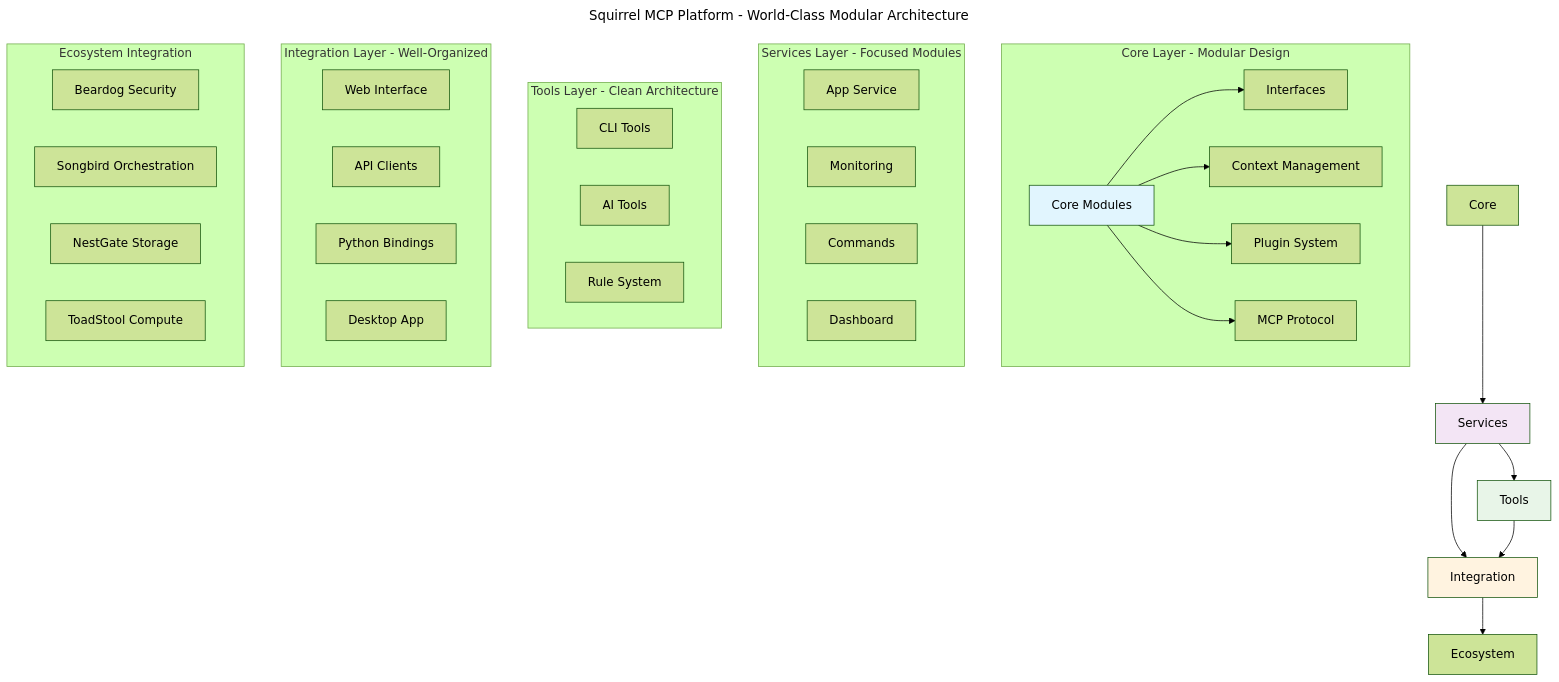
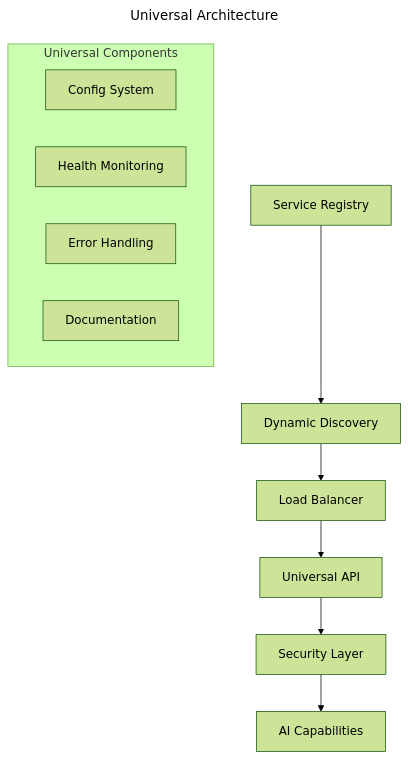
The diagram in README.md (ecoPrimals/squirrel), drawn with Mermaid (forest theme) before and after one commit. The commit also changed other lines of this file and 133 other files, not shown here.

````diff
--- a/README.md
+++ b/README.md
@@ -61,50 +49,18 @@
 ```mermaid
 ---
-title: Squirrel MCP Platform - World-Class Modular Architecture
+title: Universal Architecture
 ---
-graph TB
-    subgraph "Core Layer - Modular Design"
-        C[Core Modules] --> I[Interfaces]
-        C --> CTX[Context Management]
-        C --> P[Plugin System]
-        C --> MCP[MCP Protocol]
+graph TD
+    A[Service Registry] --> B[Dynamic Discovery]
+    B --> C[Load Balancer]
+    C --> D[Universal API]
+    D --> E[Security Layer]
+    E --> F[AI Capabilities]
+    
+    subgraph "Universal Components"
+        G[Config System]
+        H[Health Monitoring]
+        I[Error Handling]
+        J[Documentation]
     end
-    
-    subgraph "Services Layer - Focused Modules"
-        APP[App Service]
-        MON[Monitoring]
-        CMD[Commands]
-        DASH[Dashboard]
-    end
-    
-    subgraph "Tools Layer - Clean Architecture"
-        CLI[CLI Tools]
-        AI[AI Tools] 
-        RULES[Rule System]
-    end
-    
-    subgraph "Integration Layer - Well-Organized"
-        WEB[Web Interface]
-        API[API Clients]
-        PYO3[Python Bindings]
-        TAURI[Desktop App]
-    end
-    
-    subgraph "Ecosystem Integration"
-        BEARDOG[Beardog Security]
-        SONGBIRD[Songbird Orchestration]
-        NESTGATE[NestGate Storage]
-        TOADSTOOL[ToadStool Compute]
-    end
-    
-    Core --> Services
-    Services --> Tools
-    Services --> Integration
-    Tools --> Integration
-    Integration --> Ecosystem
-    
-    style C fill:#e1f5fe
-    style Services fill:#f3e5f5
-    style Tools fill:#e8f5e8
-    style Integration fill:#fff3e0
 ```
````
